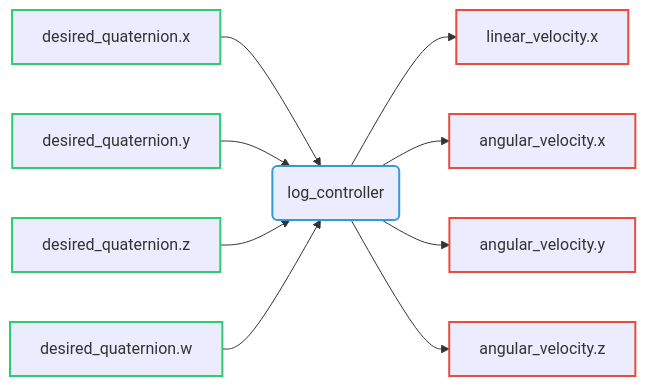
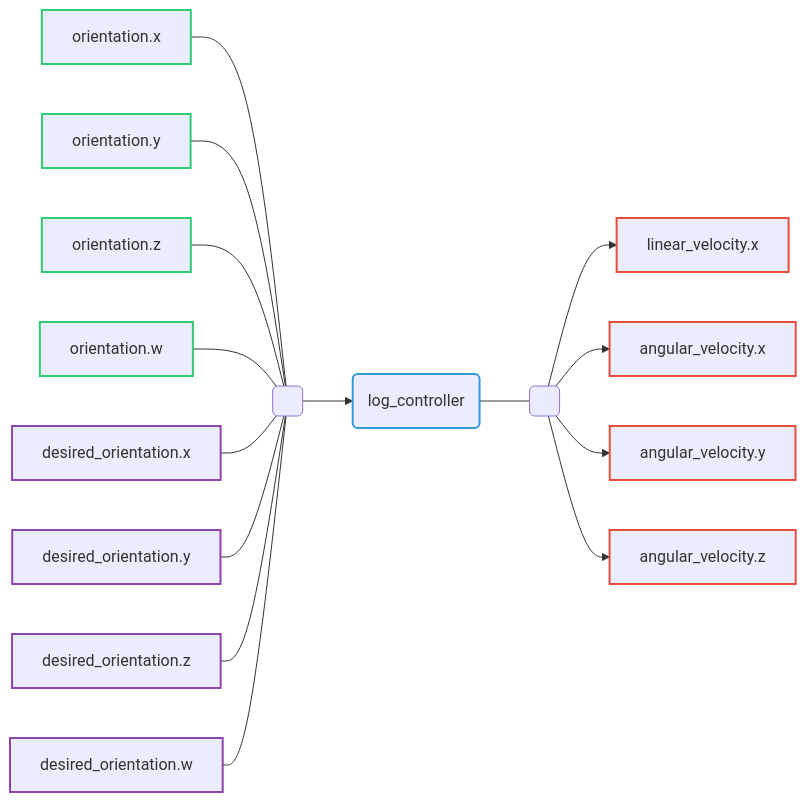
One commit to Riptide-team/riptide-team.github.io changed the diagram in docs/ros2control/controllers/log_controller.md. Above: the diagram before and after it, drawn with Mermaid. The commit also changed 6 other files, not shown here.

````diff
--- a/docs/ros2control/controllers/log_controller.md
+++ b/docs/ros2control/controllers/log_controller.md
@@ -5,10 +5,13 @@
 ```mermaid
 flowchart LR
-    s1[desired_quaternion.x] & s2[desired_quaternion.y] & s3[desired_quaternion.z] & s4[desired_quaternion.w] --> c(log_controller) --> c1[linear_velocity.x] & c2[angular_velocity.x] & c3[angular_velocity.y] & c4[angular_velocity.z]
+    s1[orientation.x] & s2[orientation.y] & s3[orientation.z] & s4[orientation.w] & r1[desired_orientation.x] & r2[desired_orientation.y] & r3[desired_orientation.z] & r4[desired_orientation.w] --- s( ):::empty --> c(log_controller) --- R( ):::empty --> c1[linear_velocity.x] & c2[angular_velocity.x] & c3[angular_velocity.y] & c4[angular_velocity.z]
     class s1,s2,s3,s4 state;
     class c1,c2,c3,c4 command;
+    class r1,r2,r3,r4 reference;
     class c controller;
     classDef state stroke:#2ecc71,stroke-width:2px;
     classDef controller stroke:#3498db,stroke-width:2px;
     classDef command stroke:#e74c3c,stroke-width:2px;
+    classDef reference stroke:#8e44ad,stroke-width:2px;
+    classDef empty width:-1px,height:-1px;
 ```
````
